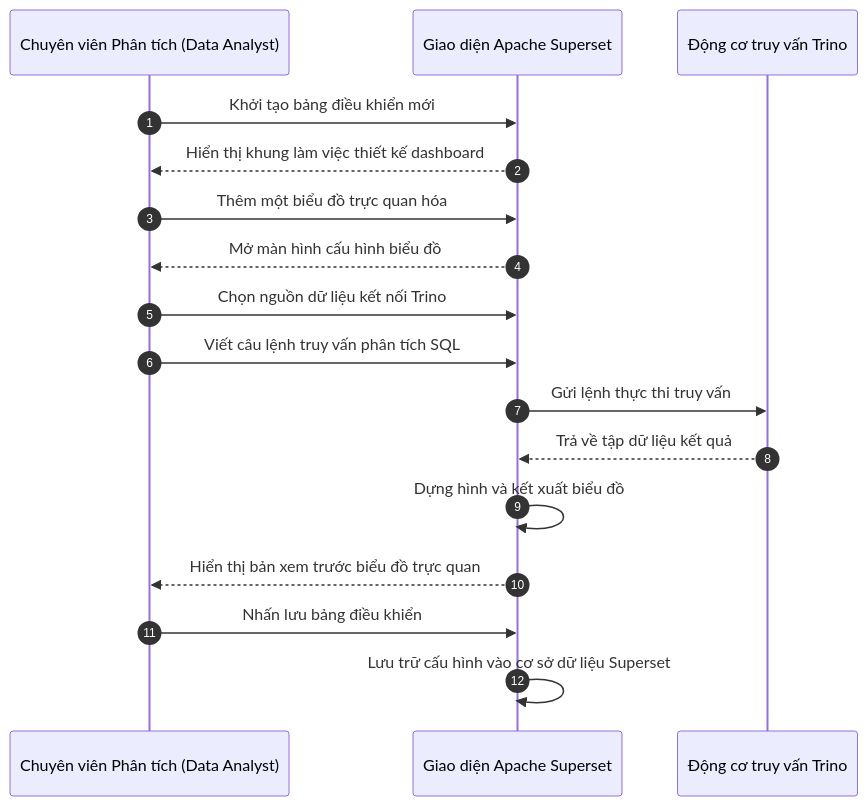
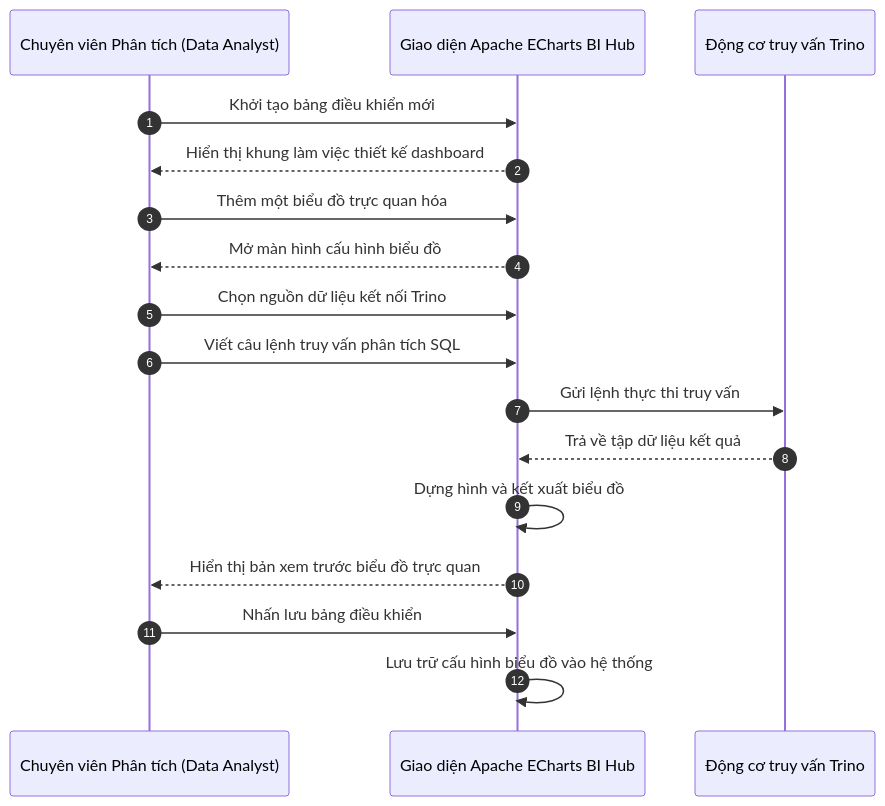
Before and after one commit to DanhTrannn/TLCN: diagram 55 of 57 in docs/design-analysis/OOSAD_ANALYSIS.md, drawn with Mermaid. The commit also changed other lines of this file and 8 other files, not shown here.

Commit message:
docs: remove all legacy Apache Superset references in favor of Apache ECharts and Trino

````diff
--- a/docs/design-analysis/OOSAD_ANALYSIS.md
+++ b/docs/design-analysis/OOSAD_ANALYSIS.md
@@ -2436,23 +2436,23 @@
 ```mermaid
 sequenceDiagram
     autonumber
     participant DA as Chuyên viên Phân tích (Data Analyst)
-    participant SU as Giao diện Apache Superset
+    participant ECH as Giao diện Apache ECharts BI Hub
     participant TR as Động cơ truy vấn Trino
     
-    DA->>SU: Khởi tạo bảng điều khiển mới
-    SU-->>DA: Hiển thị khung làm việc thiết kế dashboard
+    DA->>ECH: Khởi tạo bảng điều khiển mới
+    ECH-->>DA: Hiển thị khung làm việc thiết kế dashboard
     
-    DA->>SU: Thêm một biểu đồ trực quan hóa
-    SU-->>DA: Mở màn hình cấu hình biểu đồ
+    DA->>ECH: Thêm một biểu đồ trực quan hóa
+    ECH-->>DA: Mở màn hình cấu hình biểu đồ
     
-    DA->>SU: Chọn nguồn dữ liệu kết nối Trino
-    DA->>SU: Viết câu lệnh truy vấn phân tích SQL
-    SU->>TR: Gửi lệnh thực thi truy vấn
-    TR-->>SU: Trả về tập dữ liệu kết quả
-    SU->>SU: Dựng hình và kết xuất biểu đồ
-    SU-->>DA: Hiển thị bản xem trước biểu đồ trực quan
+    DA->>ECH: Chọn nguồn dữ liệu kết nối Trino
+    DA->>ECH: Viết câu lệnh truy vấn phân tích SQL
+    ECH->>TR: Gửi lệnh thực thi truy vấn
+    TR-->>ECH: Trả về tập dữ liệu kết quả
+    ECH->>ECH: Dựng hình và kết xuất biểu đồ
+    ECH-->>DA: Hiển thị bản xem trước biểu đồ trực quan
     
-    DA->>SU: Nhấn lưu bảng điều khiển
-    SU->>SU: Lưu trữ cấu hình vào cơ sở dữ liệu Superset
+    DA->>ECH: Nhấn lưu bảng điều khiển
+    ECH->>ECH: Lưu trữ cấu hình biểu đồ vào hệ thống
 ```
````
